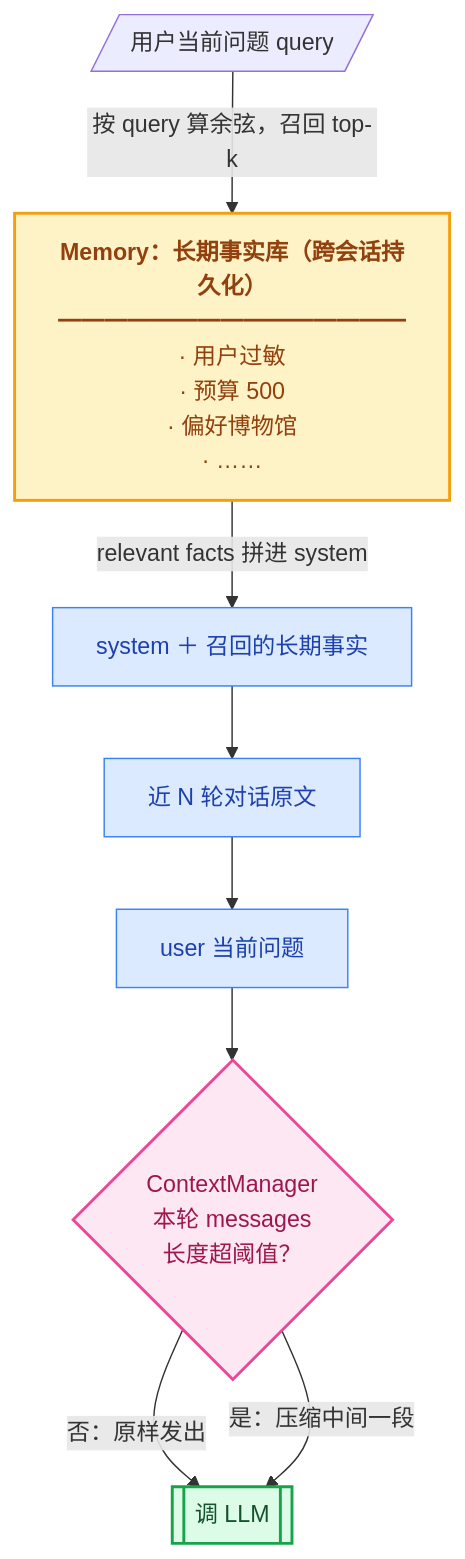
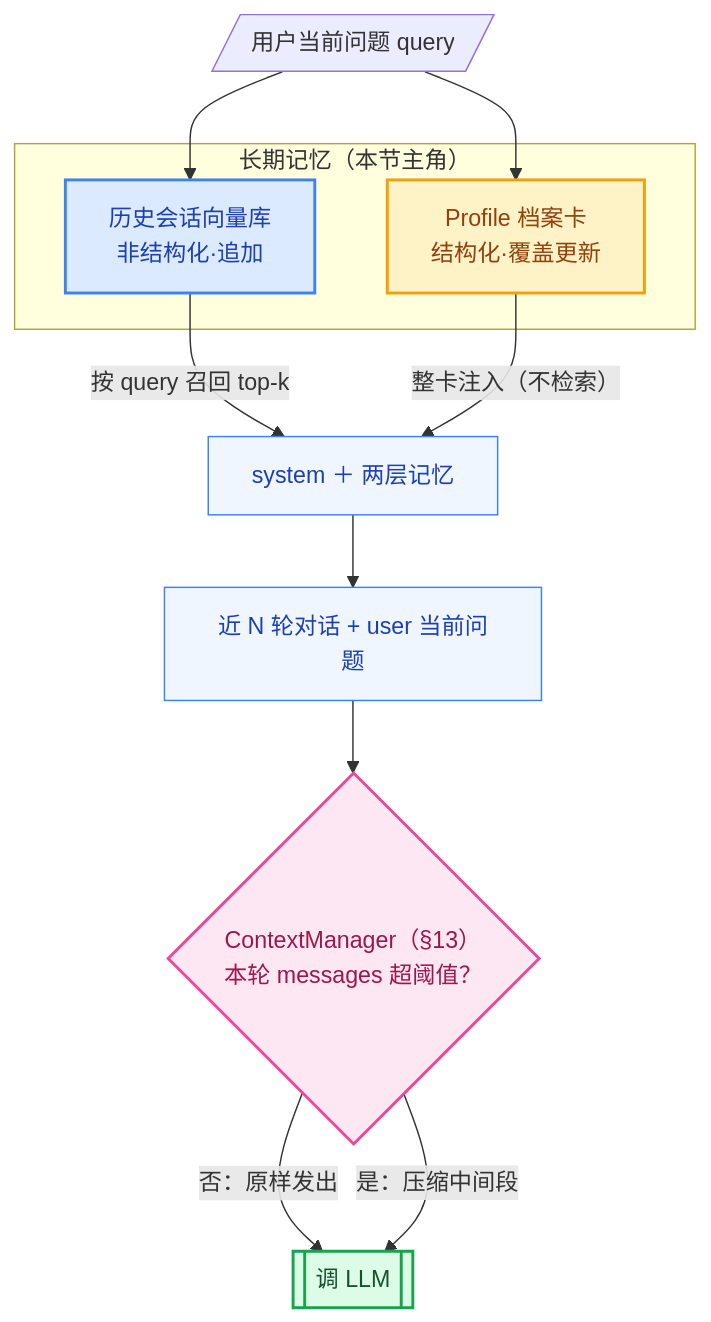
The second of 2 diagrams in 04-context-and-memory/lecture/14-memory-types.md (ChaonanShen/vibe-agent-course), drawn with Mermaid before and after one commit. The commit also changed other lines of this file and 7 other files, not shown here.

````diff
--- a/04-context-and-memory/lecture/14-memory-types.md
+++ b/04-context-and-memory/lecture/14-memory-types.md
@@ -361,28 +216,28 @@
 ```mermaid
 flowchart TD
-    Q[/"用户当前问题 query"/]
+    Q[/用户当前问题 query/] --> H
+    Q --> P
 
-    MEM["<b>Memory：长期事实库（跨会话持久化）</b><br/>━━━━━━━━━━━━━━━<br/>· 用户过敏<br/>· 预算 500<br/>· 偏好博物馆<br/>· ……"]
+    subgraph LT["长期记忆（本节主角）"]
+      H["历史会话向量库<br/>非结构化·追加"]
+      P["Profile 档案卡<br/>结构化·覆盖更新"]
+    end
 
-    Q -->|"按 query 算余弦，召回 top-k"| MEM
+    H -->|"按 query 召回 top-k"| S["system ＋ 两层记忆"]
+    P -->|"整卡注入（不检索）"| S
+    S --> MS["近 N 轮对话 + user 当前问题"]
+    MS --> CM{"ContextManager（§13）<br/>本轮 messages 超阈值？"}
+    CM -->|否：原样发出| LLM[["调 LLM"]]
+    CM -->|是：压缩中间段| LLM
 
-    S["system ＋ 召回的长期事实"]
-    H["近 N 轮对话原文"]
-    U2["user 当前问题"]
-
-    MEM -->|"relevant facts 拼进 system"| S
-    S --> H --> U2
-
-    U2 --> CM{"ContextManager<br/>本轮 messages<br/>长度超阈值？"}
-    CM -->|"否：原样发出"| LLM
-    CM -->|"是：压缩中间一段"| LLM[["调 LLM"]]
-
-    classDef mem fill:#fef3c7,stroke:#f59e0b,stroke-width:2px,color:#92400e
-    classDef msg fill:#dbeafe,stroke:#3b82f6,stroke-width:1px,color:#1e40af
+    classDef p fill:#fef3c7,stroke:#f59e0b,stroke-width:2px,color:#92400e
+    classDef h fill:#dbeafe,stroke:#3b82f6,stroke-width:2px,color:#1e40af
+    classDef msg fill:#eff6ff,stroke:#3b82f6,stroke-width:1px,color:#1e40af
     classDef ctrl fill:#fce7f3,stroke:#ec4899,stroke-width:2px,color:#9d174d
     classDef llm fill:#dcfce7,stroke:#16a34a,stroke-width:2px,color:#14532d
-    class MEM mem
-    class S,H,U2 msg
+    class P p
+    class H h
+    class S,MS msg
     class CM ctrl
     class LLM llm
 ```
````
